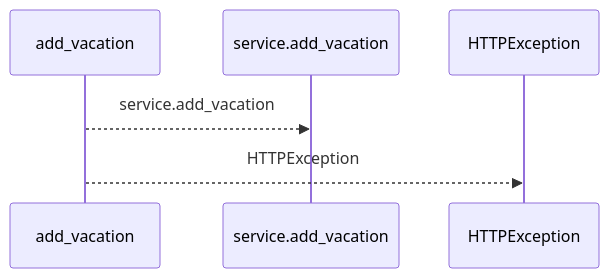
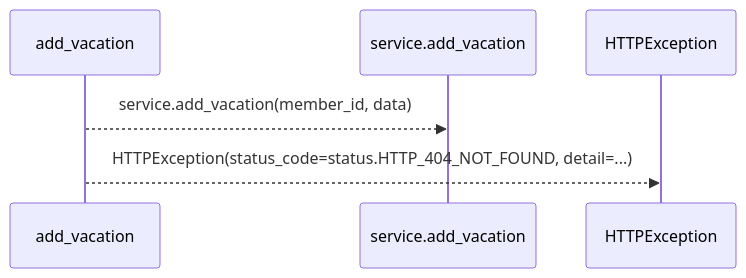
One commit to Denissvgn/WorkChord changed the first of 2 diagrams in docs/llm_wiki/flows/http-add_vacation.md. Above: the diagram before and after it, drawn with Mermaid. The commit also changed other lines of this file and 25171 other files, not shown here.

````diff
--- a/docs/llm_wiki/flows/http-add_vacation.md
+++ b/docs/llm_wiki/flows/http-add_vacation.md
@@ -10,8 +12,8 @@
 ```mermaid
 sequenceDiagram
     participant p0 as add_vacation
     participant p1 as service.add_vacation
     participant p2 as HTTPException
-    p0-->>p1: service.add_vacation
-    p0-->>p2: HTTPException
+    p0-->>p1: service.add_vacation(member_id, data)
+    p0-->>p2: HTTPException(status_code=status.HTTP_404_NOT_FOUND, detail=...)
 ```
````
